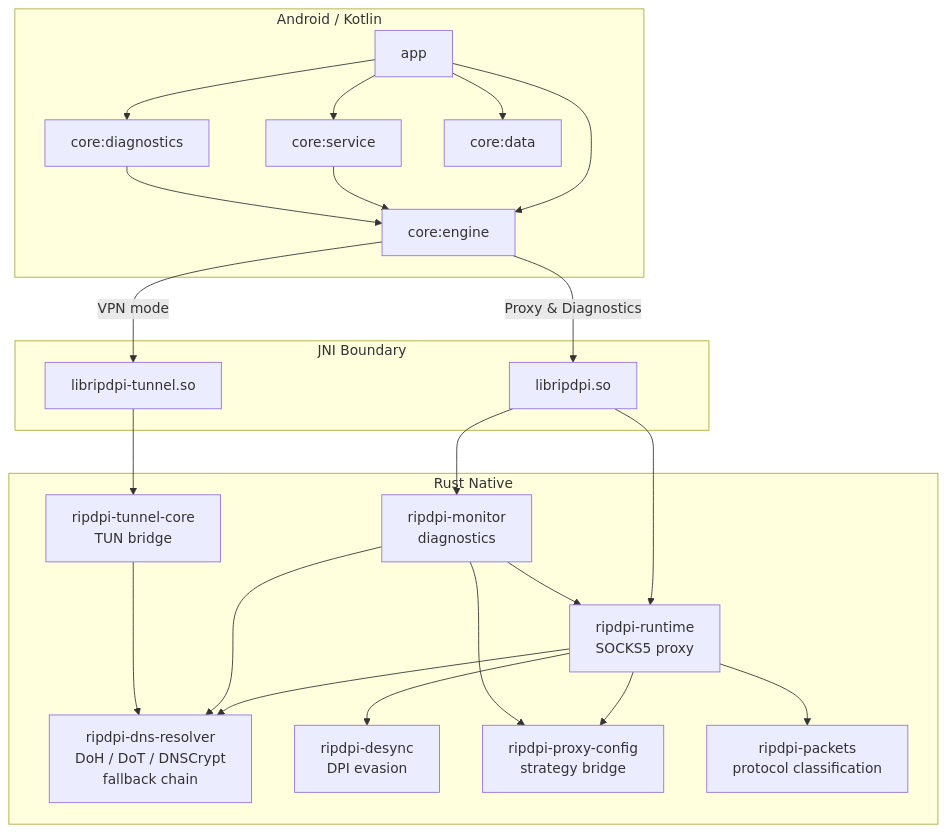
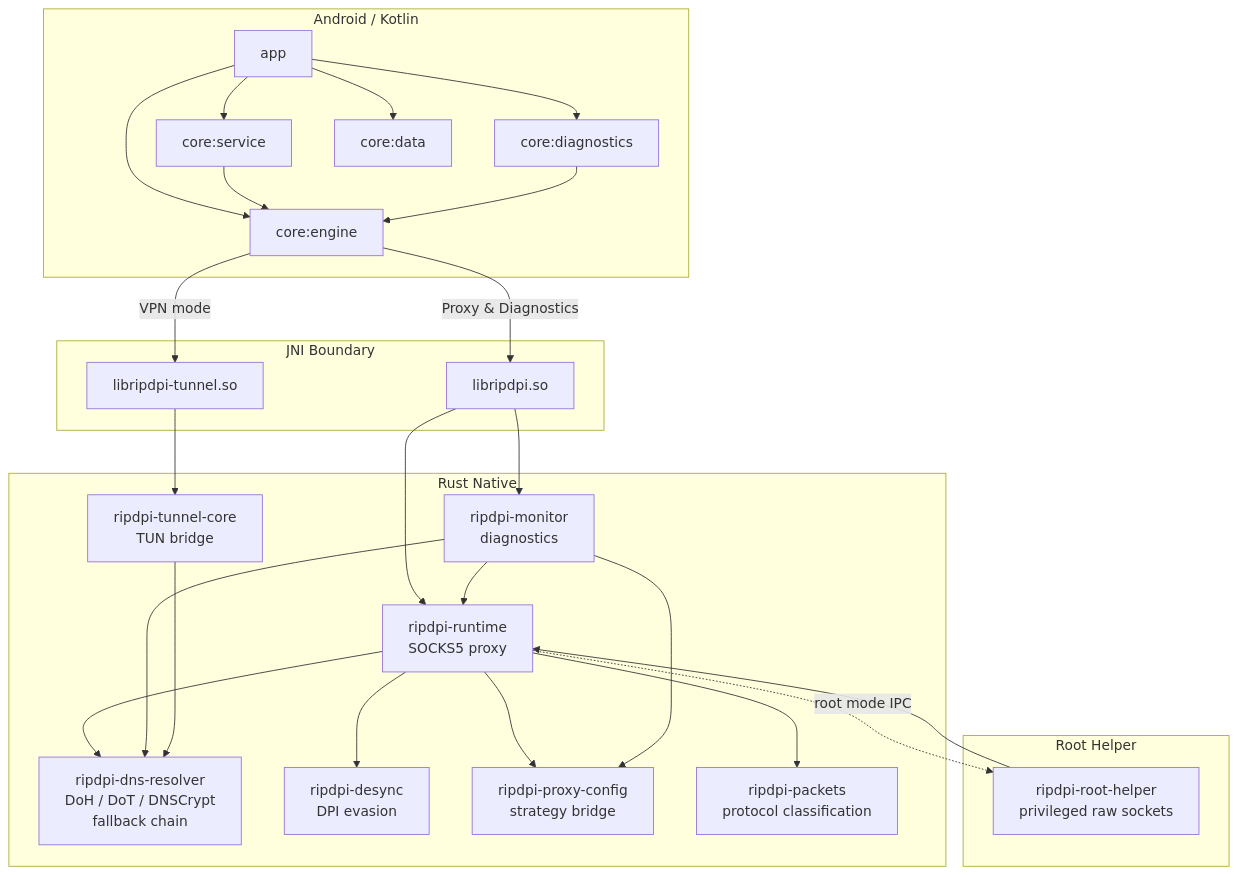
One commit to po4yka/RIPDPI changed the diagram in README.md. Above: the diagram before and after it, drawn with Mermaid. The commit also changed other lines of this file and 6 other files, not shown here.

First line of the commit message:
docs: update project documentation for root helper

````diff
--- a/README.md
+++ b/README.md
@@ -44,37 +44,43 @@
 ```mermaid
 graph TD
     subgraph Android / Kotlin
         APP[app]
         SVC[core:service]
         DIAG[core:diagnostics]
         DATA[core:data]
         ENG[core:engine]
     end
 
     subgraph JNI Boundary
         JNI_P[libripdpi.so]
         JNI_T[libripdpi-tunnel.so]
     end
 
     subgraph Rust Native
         RT[ripdpi-runtime<br/>SOCKS5 proxy]
         MON[ripdpi-monitor<br/>diagnostics]
         TC[ripdpi-tunnel-core<br/>TUN bridge]
         DNS[ripdpi-dns-resolver<br/>DoH / DoT / DNSCrypt<br/>fallback chain]
         DSN[ripdpi-desync<br/>DPI evasion]
         CFG[ripdpi-proxy-config<br/>strategy bridge]
         PKT[ripdpi-packets<br/>protocol classification]
     end
 
+    subgraph Root Helper
+        RH[ripdpi-root-helper<br/>privileged raw sockets]
+    end
+
     APP --> SVC & DIAG & DATA & ENG
     SVC --> ENG
     DIAG --> ENG
     ENG -->|Proxy & Diagnostics| JNI_P
     ENG -->|VPN mode| JNI_T
 
     JNI_P --> RT & MON
     JNI_T --> TC
     RT --> DSN & CFG & DNS & PKT
+    RT -.->|root mode IPC| RH
+    RH --> RT
     MON --> RT & CFG & DNS
     TC --> DNS
 ```
````
